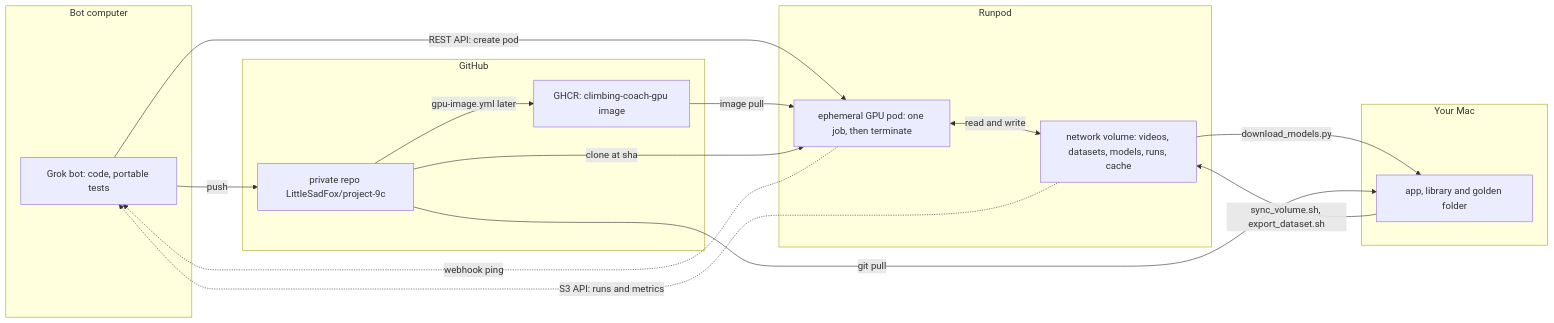
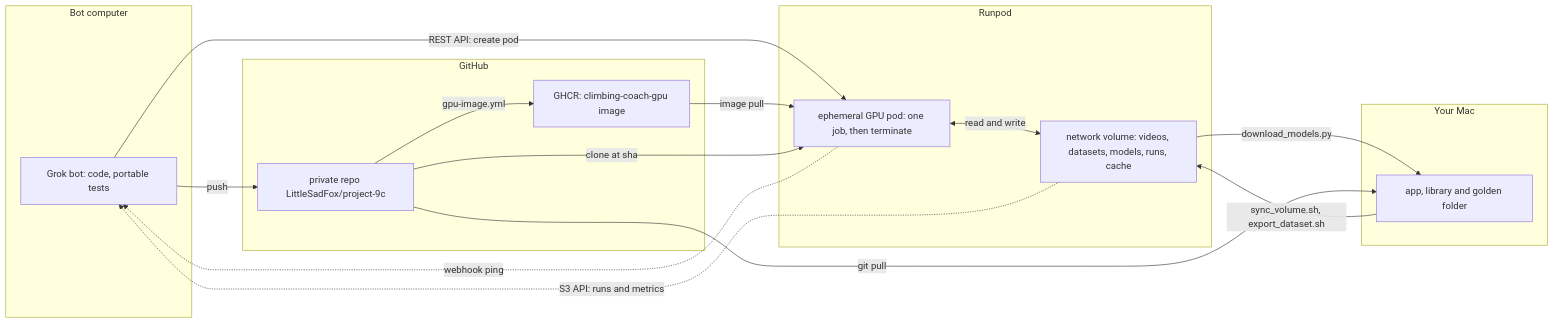
One commit to LittleSadFox/project-9c changed the second of 5 diagrams in ARCHITECTURE.md. Above: the diagram before and after it, drawn with Mermaid. The commit also changed other lines of this file and 31 other files, not shown here.

````diff
--- a/ARCHITECTURE.md
+++ b/ARCHITECTURE.md
@@ -53,28 +53,28 @@
 ```mermaid
 flowchart LR
   subgraph botComputer [Bot computer]
     Bot["Grok bot: code, portable tests"]
   end
   subgraph github [GitHub]
     Repo["private repo LittleSadFox/project-9c"]
     Ghcr["GHCR: climbing-coach-gpu image"]
   end
   subgraph runpod [Runpod]
     Pod["ephemeral GPU pod: one job, then terminate"]
     Vol["network volume: videos, datasets, models, runs, cache"]
   end
   subgraph mac [Your Mac]
     App["app, library and golden folder"]
   end
   Bot -->|"push"| Repo
-  Repo -->|"gpu-image.yml later"| Ghcr
+  Repo -->|"gpu-image.yml"| Ghcr
   Bot -->|"REST API: create pod"| Pod
   Ghcr -->|"image pull"| Pod
   Repo -->|"clone at sha"| Pod
   Pod <-->|"read and write"| Vol
   Pod -.->|"webhook ping"| Bot
   Vol -.->|"S3 API: runs and metrics"| Bot
   App -->|"sync_volume.sh, export_dataset.sh"| Vol
   Vol -->|"download_models.py"| App
   Repo -->|"git pull"| App
 ```
````
